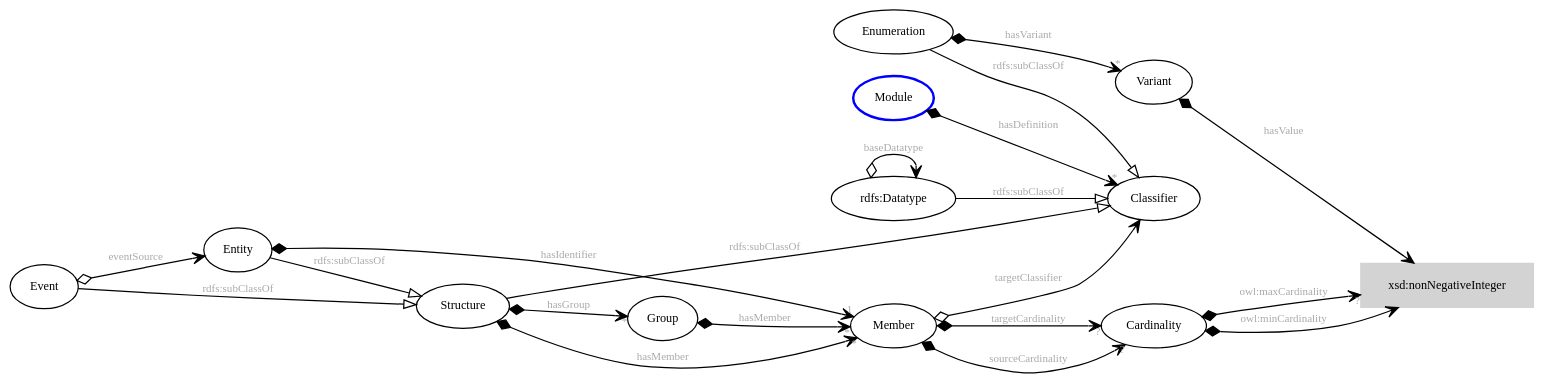
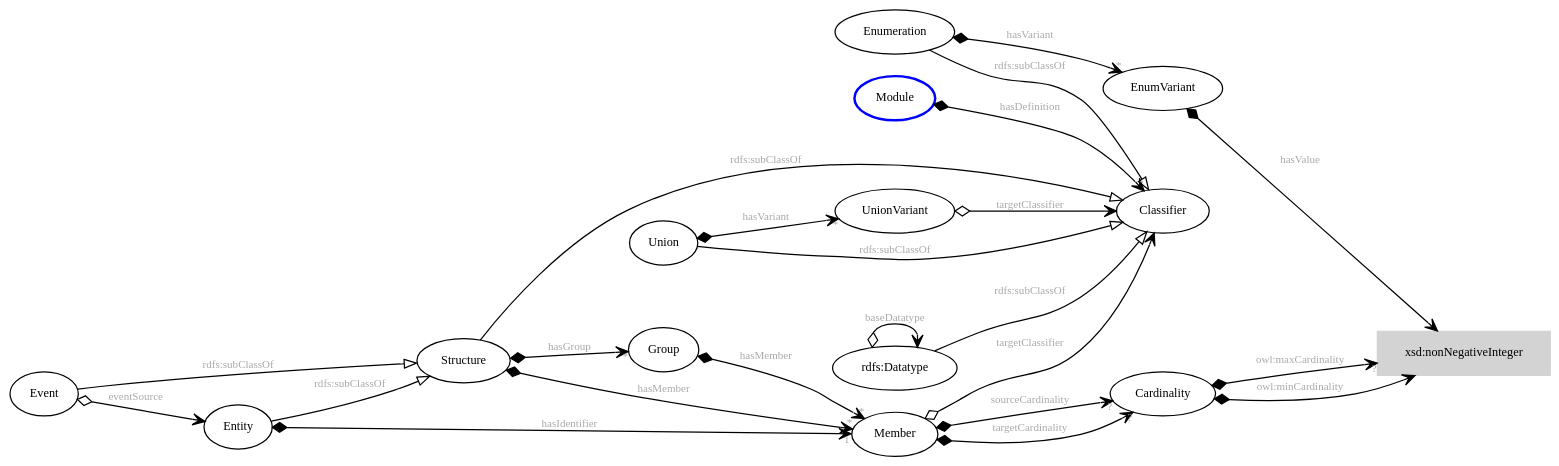
One commit to sdm-lang/tree-sitter-sdml changed the third of 4 diagrams in docs/index.org. Above: the diagram before and after it, drawn with Graphviz. The commit also changed other lines of this file and 2 other files, not shown here.

Commit message:
Updating doc for union

```diff
--- a/docs/index.org
+++ b/docs/index.org
@@ -571,51 +837,57 @@
 #+BEGIN_SRC dot :file owl-ontology.png :exports results
 digraph G {
   bgcolor="transparent";
   rankdir="LR";
   node [fontsize=10];
   edge [fontsize=9; fontcolor=darkgrey];
 
   Module [shape=ellipse;penwidth=2.0;color=blue;labelcolor=blue];
   Cardinality [shape=ellipse];
   Classifier [shape=ellipse];
   Entity [shape=ellipse];
   Enumeration [shape=ellipse];
   Event [shape=ellipse];
   Group [shape=ellipse];
   Member [shape=ellipse];
   Structure [shape=ellipse];
-  Variant [shape=ellipse];
+  Union [shape=ellipse];
+  EnumVariant [shape=ellipse];
+  UnionVariant [shape=ellipse];
   Datatype [shape=ellipse;label="rdfs:Datatype"];
 
   Module -> Classifier [label="hasDefinition";dir=both;arrowtail=diamond;arrowhead=open;headlabel="*"];
 
+  Union -> Classifier [label="rdfs:subClassOf";arrowhead=empty];
   Structure -> Classifier [label="rdfs:subClassOf";arrowhead=empty];
   Entity -> Structure [label="rdfs:subClassOf";arrowhead=empty];
   Enumeration -> Classifier [label="rdfs:subClassOf";arrowhead=empty];
   Event -> Structure [label="rdfs:subClassOf";arrowhead=empty];
   Datatype -> Classifier [label="rdfs:subClassOf";arrowhead=empty];
 
   Event -> Entity [label="eventSource";dir=both;arrowtail=odiamond;arrowhead=open];
 
   Datatype -> Datatype [label="baseDatatype";dir=both;arrowtail=odiamond;arrowhead=open];
 
   Structure -> Group [label="hasGroup";dir=both;arrowtail=diamond;arrowhead=open;headlabel="*"];
   Structure -> Member [label="hasMember";dir=both;arrowtail=diamond;arrowhead=open;headlabel="*"];
   Entity -> Member [label="hasIdentifier";dir=both;arrowtail=diamond;arrowhead=open;headlabel="1"];
 
   Group -> Member [label="hasMember";dir=both;arrowtail=diamond;arrowhead=open;headlabel="*"];
 
-  Enumeration -> Variant [label="hasVariant";dir=both;arrowtail=diamond;arrowhead=open;headlabel="*"];
+  Enumeration -> EnumVariant [label="hasVariant";dir=both;arrowtail=diamond;arrowhead=open;headlabel="*"];
+
+  Union -> UnionVariant [label="hasVariant";dir=both;arrowtail=diamond;arrowhead=open;headlabel="*"];
 
   Member -> Cardinality [label="sourceCardinality";dir=both;arrowtail=diamond;arrowhead=open;headlabel="?"];
   Member -> Classifier [label="targetClassifier";dir=both;arrowtail=odiamond;arrowhead=open];
   Member -> Cardinality [label="targetCardinality";dir=both;arrowtail=diamond;arrowhead=open;headlabel="?"];
 
   integer [shape=rectangle;style=filled;color=lightgrey;label="xsd:nonNegativeInteger"];
   
   Cardinality -> integer [label="owl:maxCardinality";dir=both;arrowtail=diamond;arrowhead=open;headlabel="?"];
   Cardinality -> integer [label="owl:minCardinality";dir=both;arrowtail=diamond;arrowhead=open];
 
-  Variant -> integer [label="hasValue";dir=both;arrowtail=diamond;arrowhead=open];
+  EnumVariant -> integer [label="hasValue";dir=both;arrowtail=diamond;arrowhead=open];
+  UnionVariant -> Classifier [label="targetClassifier";dir=both;arrowtail=odiamond;arrowhead=open];
 }
 #+END_SRC
```
